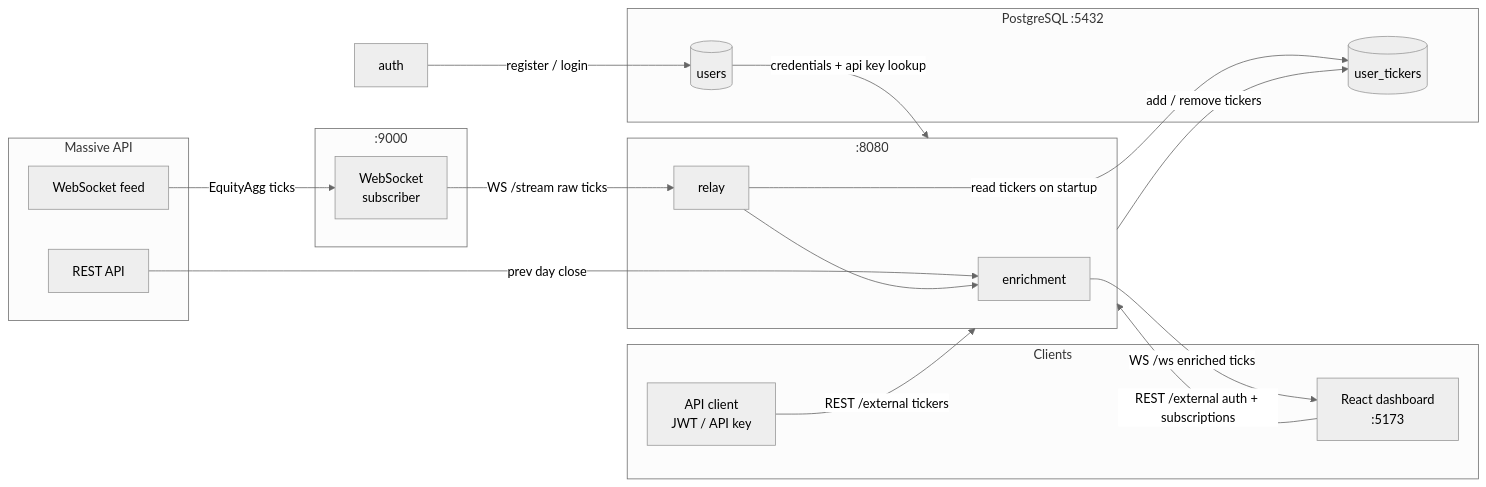
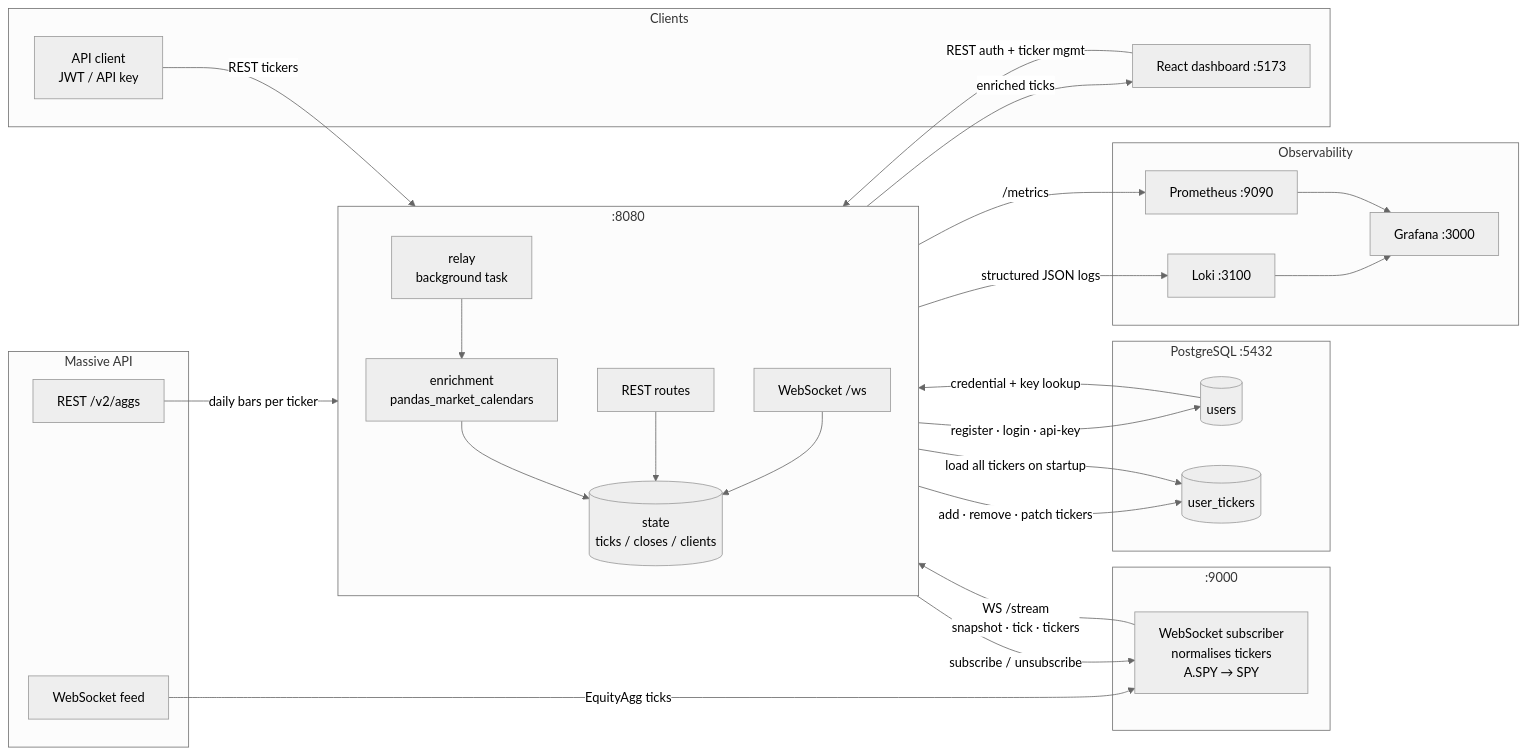
Before and after one commit to gavinfancher/finpipe-faucet: the diagram in README.md, drawn with Mermaid (neutral theme). The commit also changed other lines of this file and 3 other files, not shown here.

Commit message:
updates to documentaion andn how we get prev closes

````diff
--- a/README.md
+++ b/README.md
@@ -7,38 +7,57 @@
 ```mermaid
 flowchart LR
     subgraph massive [Massive API]
         MW[WebSocket feed]
-        MR[REST API]
+        MR[REST /v2/aggs]
     end
 
     subgraph ingestion [:9000]
-        I[WebSocket<br/>subscriber]
+        I[WebSocket subscriber<br/>normalises tickers<br/>A.SPY → SPY]
     end
 
     subgraph api [:8080]
-        R[relay]
-        E[enrichment]
+        direction TB
+        R[relay<br/>background task]
+        E[enrichment<br/>pandas_market_calendars]
+        S[(state<br/>ticks / closes / clients)]
+        REST[REST routes]
+        WS[WebSocket /ws]
+        R --> E --> S
+        REST --> S
+        WS --> S
     end
 
-    subgraph clients [Clients]
-        U[React dashboard<br/>:5173]
-        C[API client<br/>JWT / API key]
-    end
-
-    MW -->|EquityAgg ticks| I
-    MR -->|prev day close| E
-    I -->|WS /stream raw ticks| R
-    R --> E
-    E -->|WS /ws enriched ticks| U
-    U -->|REST /external auth + subscriptions| api
-    C -->|REST /external tickers| api
     subgraph pg [PostgreSQL :5432]
         T1[(users)]
         T2[(user_tickers)]
     end
 
-    R -->|read tickers on startup| T2
-    auth -->|register / login| T1
-    api -->|add / remove tickers| T2
-    T1 -->|credentials + api key lookup| api
+    subgraph obs [Observability]
+        L[Loki :3100]
+        P[Prometheus :9090]
+        G[Grafana :3000]
+    end
+
+    subgraph clients [Clients]
+        U[React dashboard :5173]
+        C[API client<br/>JWT / API key]
+    end
+
+    MW -->|EquityAgg ticks| I
+    I -->|WS /stream<br/>snapshot · tick · tickers| R
+    MR -->|daily bars per ticker| E
+    R -->|subscribe / unsubscribe| I
+
+    REST -->|register · login · api-key| T1
+    REST -->|add · remove · patch tickers| T2
+    T1 -->|credential + key lookup| REST
+    R -->|load all tickers on startup| T2
+
+    WS -->|enriched ticks| U
+    U -->|REST auth + ticker mgmt| REST
+    C -->|REST tickers| REST
+
+    api -->|structured JSON logs| L
+    api -->|/metrics| P
+    L & P --> G
 ```
````
